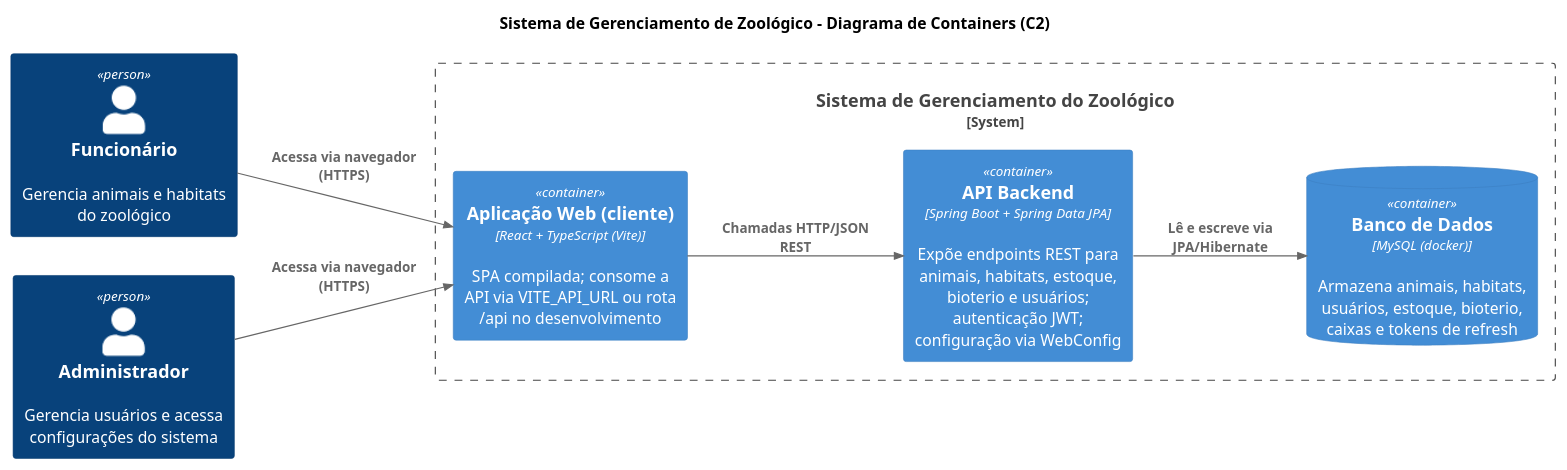
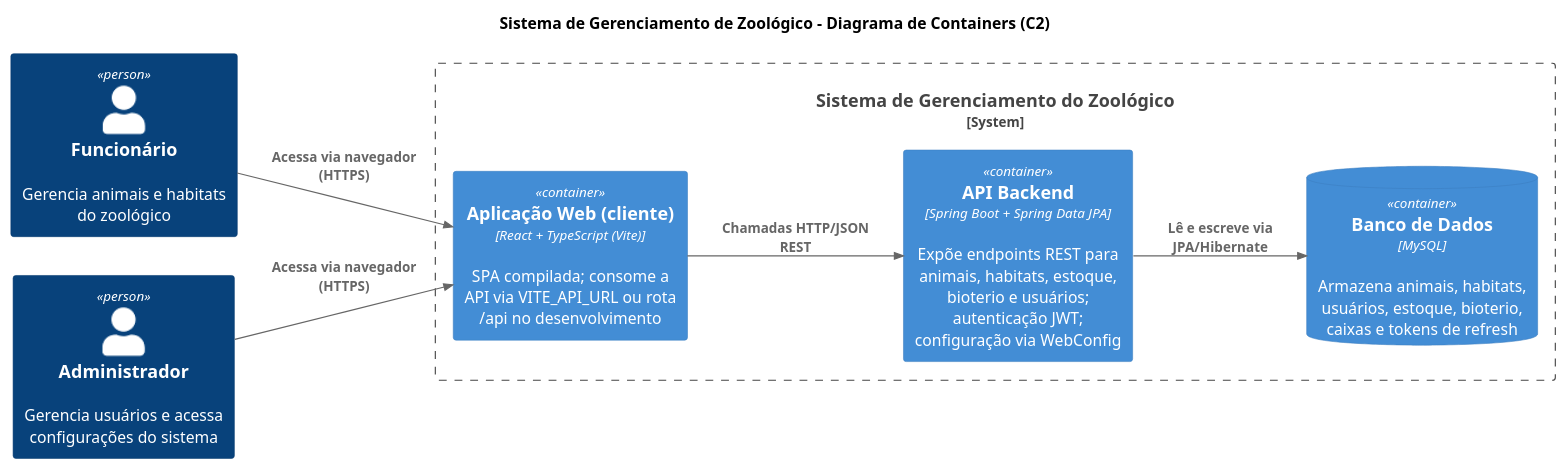
Before and after one commit to vinicius-gomes-cruz/TCC-ZOO-2026: the diagram in Diagramas TCC/Diagrama de Container Horizontal.puml, drawn with PlantUML. The commit also changed 6 other files, not shown here.

```diff
--- a/Diagramas TCC/Diagrama de Container Horizontal.puml
+++ b/Diagramas TCC/Diagrama de Container Horizontal.puml
@@ -1,27 +1,27 @@
 @startuml
 !include https://raw.githubusercontent.com/plantuml-stdlib/C4-PlantUML/master/C4_Component.puml
 title Sistema de Gerenciamento de Zoológico – Diagrama de Containers (C2)
 
 LAYOUT_LEFT_RIGHT()
 
 ' Pessoas (atores)
 Person(Funcionario, "Funcionário", "Gerencia animais e habitats do zoológico")
 Person(Administrador, "Administrador", "Gerencia usuários e acessa configurações do sistema")
 
 ' Sistema e containers
 System_Boundary(Sistema, "Sistema de Gerenciamento do Zoológico") {
     Container(WebApp, "Aplicação Web (cliente)", "React + TypeScript (Vite)", "SPA compilada; consome a API via VITE_API_URL ou rota /api no desenvolvimento")
     Container(API, "API Backend", "Spring Boot + Spring Data JPA", "Expõe endpoints REST para animais, habitats, estoque, bioterio e usuários; autenticação JWT; configuração via WebConfig")
-    ContainerDb(DB, "Banco de Dados", "MySQL (docker)", "Armazena animais, habitats, usuários, estoque, bioterio, caixas e tokens de refresh")
+    ContainerDb(DB, "Banco de Dados", "MySQL", "Armazena animais, habitats, usuários, estoque, bioterio, caixas e tokens de refresh")
 }
 
 ' Relacionamentos
 Rel(Funcionario, WebApp, "Acessa via navegador (HTTPS)")
 Rel(Administrador, WebApp, "Acessa via navegador (HTTPS)")
 Rel(WebApp, API, "Chamadas HTTP/JSON REST")
 Rel(API, DB, "Lê e escreve via JPA/Hibernate")
 
 ' Observação: todos os containers normalmente empacotados em Docker
 
 
 @enduml
```
